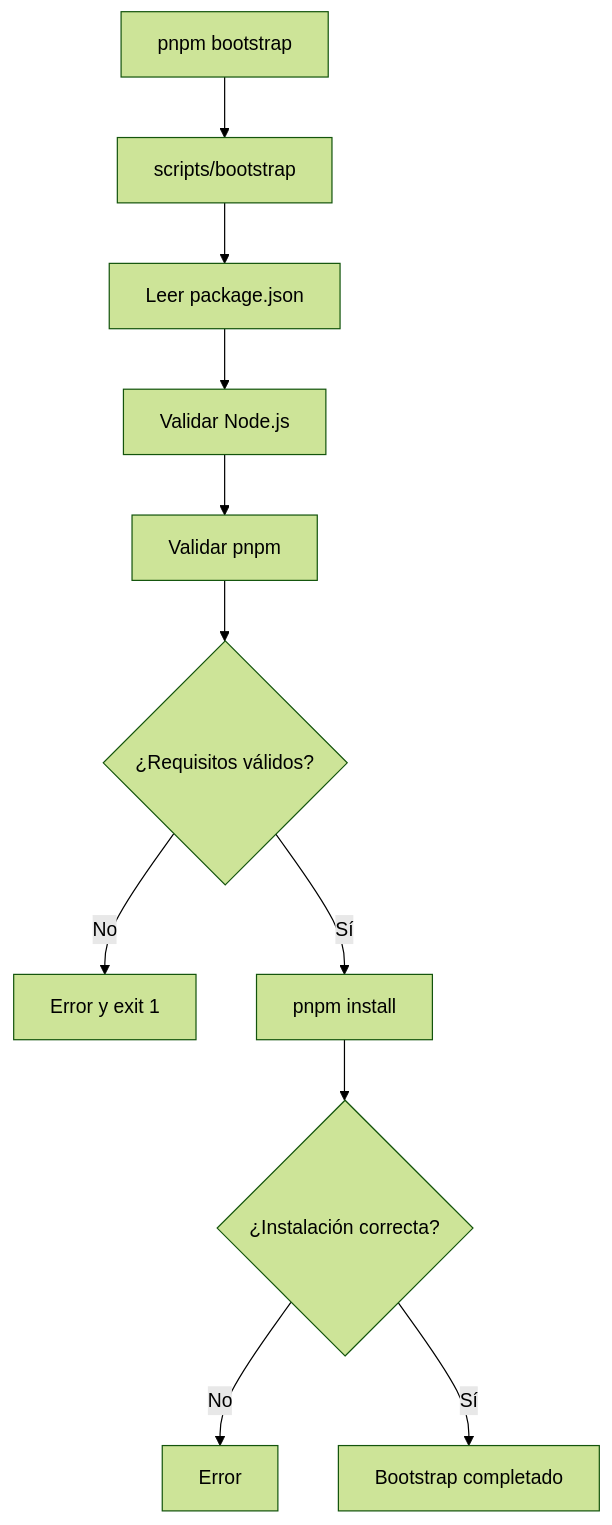
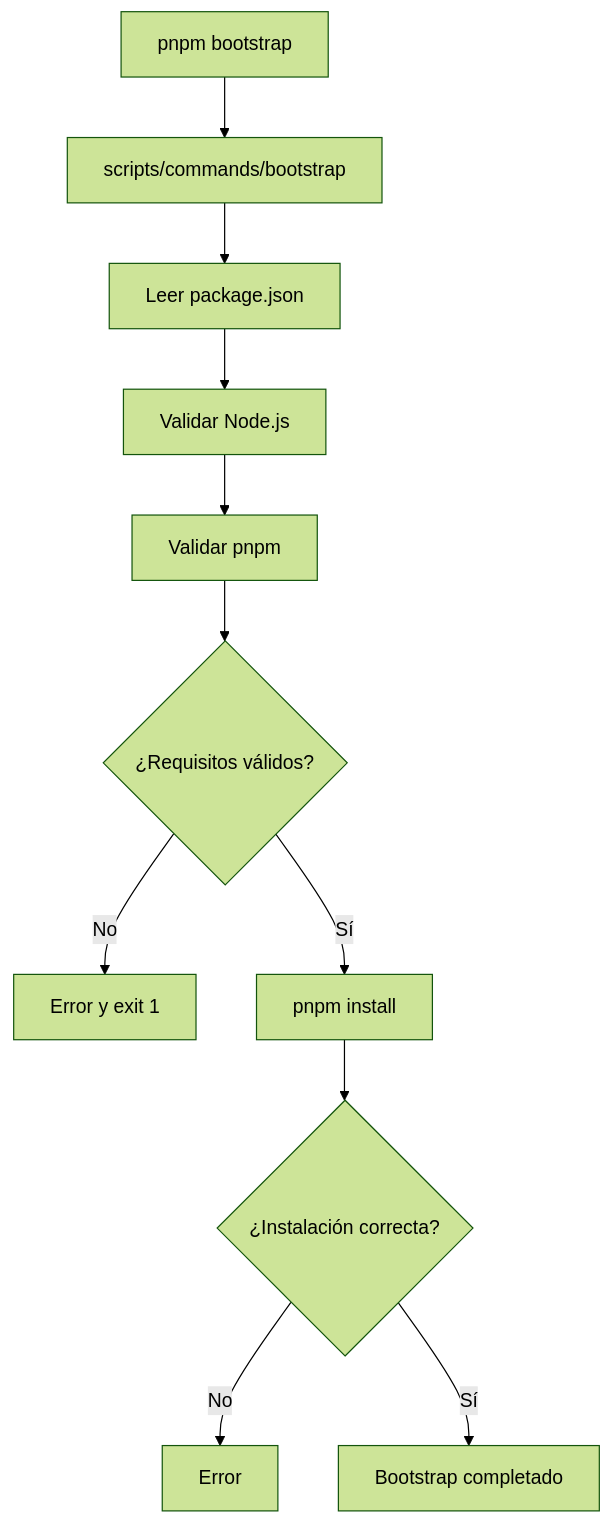
The third of 16 diagrams in docs/developer/EE-IMP-006-P07_Root_Script_Suite_Automation.md (EQ-LABS-TECH/ee-monorepo), drawn with Mermaid (forest theme) before and after one commit. The commit also changed other lines of this file and 14 other files, not shown here.

````diff
--- a/docs/developer/EE-IMP-006-P07_Root_Script_Suite_Automation.md
+++ b/docs/developer/EE-IMP-006-P07_Root_Script_Suite_Automation.md
@@ -249,13 +240,13 @@
 ```mermaid
 flowchart TD
-    A["pnpm bootstrap"] --> B["scripts/bootstrap"]
-    B --> C["Leer package.json"]
-    C --> D["Validar Node.js"]
-    D --> E["Validar pnpm"]
-    E --> F{"¿Requisitos válidos?"}
-    F -->|No| G["Error y exit 1"]
-    F -->|Sí| H["pnpm install"]
-    H --> I{"¿Instalación correcta?"}
-    I -->|No| J["Error"]
-    I -->|Sí| K["Bootstrap completado"]
+ A["pnpm bootstrap"] --> B["scripts/commands/bootstrap"]
+ B --> C["Leer package.json"]
+ C --> D["Validar Node.js"]
+ D --> E["Validar pnpm"]
+ E --> F{"¿Requisitos válidos?"}
+ F -->|No| G["Error y exit 1"]
+ F -->|Sí| H["pnpm install"]
+ H --> I{"¿Instalación correcta?"}
+ I -->|No| J["Error"]
+ I -->|Sí| K["Bootstrap completado"]
 ```
````
